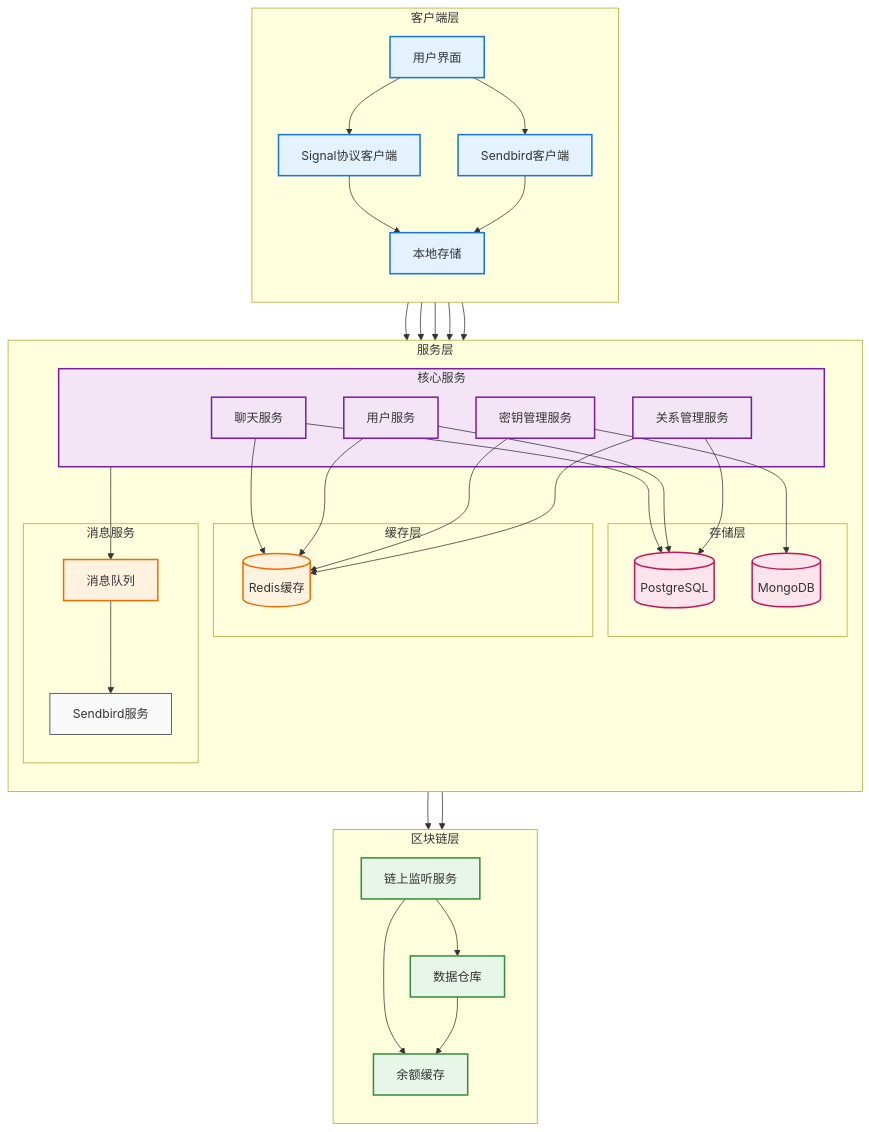
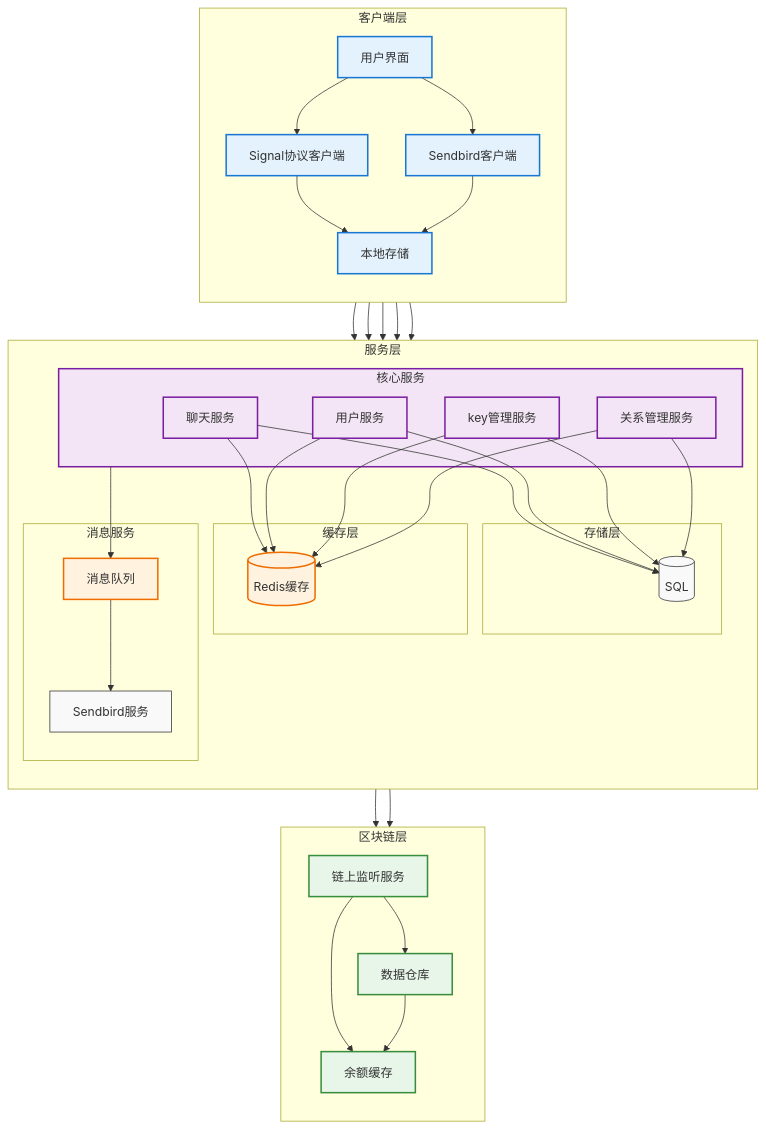
Before and after one commit to usherfly/Signal-Server-main: the first of 10 diagrams in docs/pulse-dm.md, drawn with Mermaid. The commit also changed other lines of this file, not shown here.

````diff
--- a/docs/pulse-dm.md
+++ b/docs/pulse-dm.md
@@ -57,7 +71,7 @@
         subgraph Core["核心服务"]
             ChatService[聊天服务]
             UserService[用户服务]
-            KeyService[密钥管理服务]
+            KeyService[key管理服务]
             RelationService[关系管理服务]
         end
         
@@ -66,8 +80,7 @@
         end
         
         subgraph Storage["存储层"]
-            PostgreSQL[(PostgreSQL)]
-            MongoDB[(MongoDB)]
+            SQL[(SQL)]
         end
         
         subgraph Message["消息服务"]
@@ -81,10 +94,10 @@
         KeyService --> Redis
         RelationService --> Redis
         
-        ChatService --> PostgreSQL
-        UserService --> PostgreSQL
-        KeyService --> MongoDB
-        RelationService --> PostgreSQL
+        ChatService --> SQL
+        UserService --> SQL
+        KeyService --> SQL
+        RelationService --> SQL
         
         Core --> MQ
         MQ --> SendbirdServer
@@ -117,5 +130,4 @@
     class ChatService,UserService,KeyService,RelationService,Core server
     class ChainListener,DataWarehouse,BalanceCache blockchain
     class Redis,MQ middleware
-    class PostgreSQL,MongoDB storage
 ```
````
